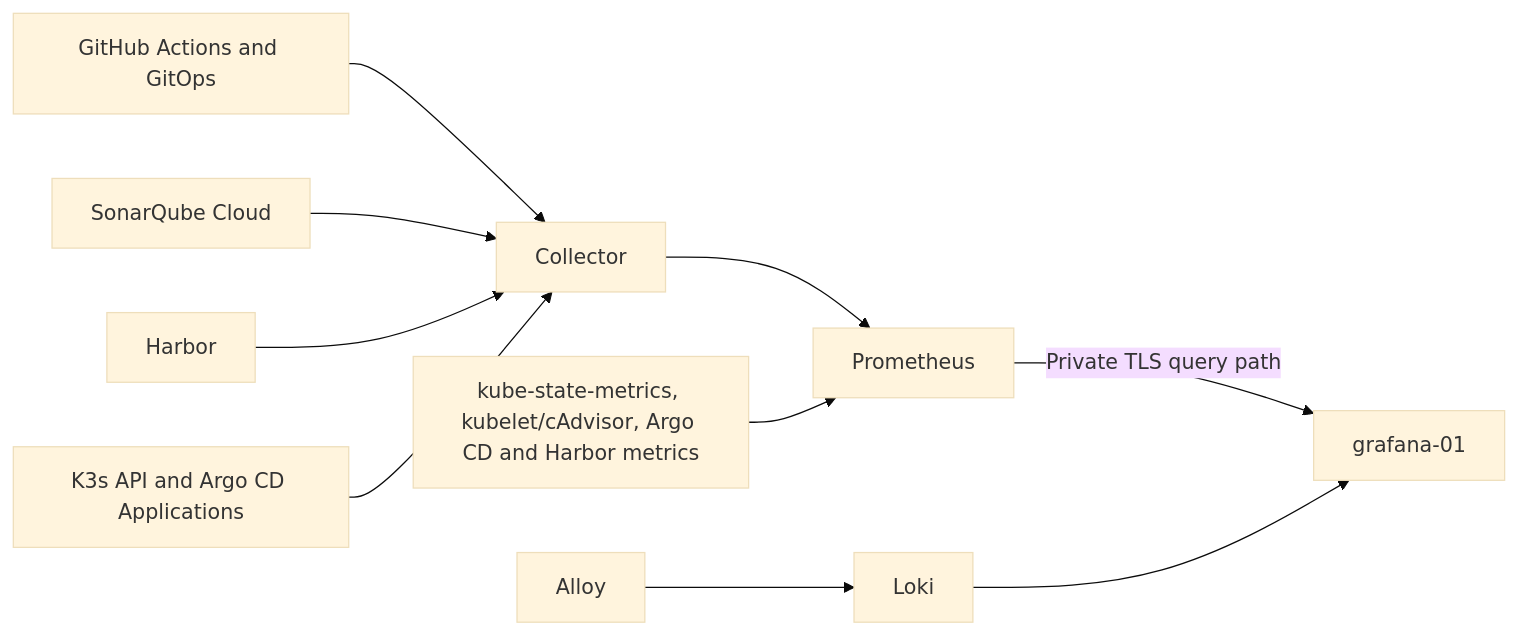
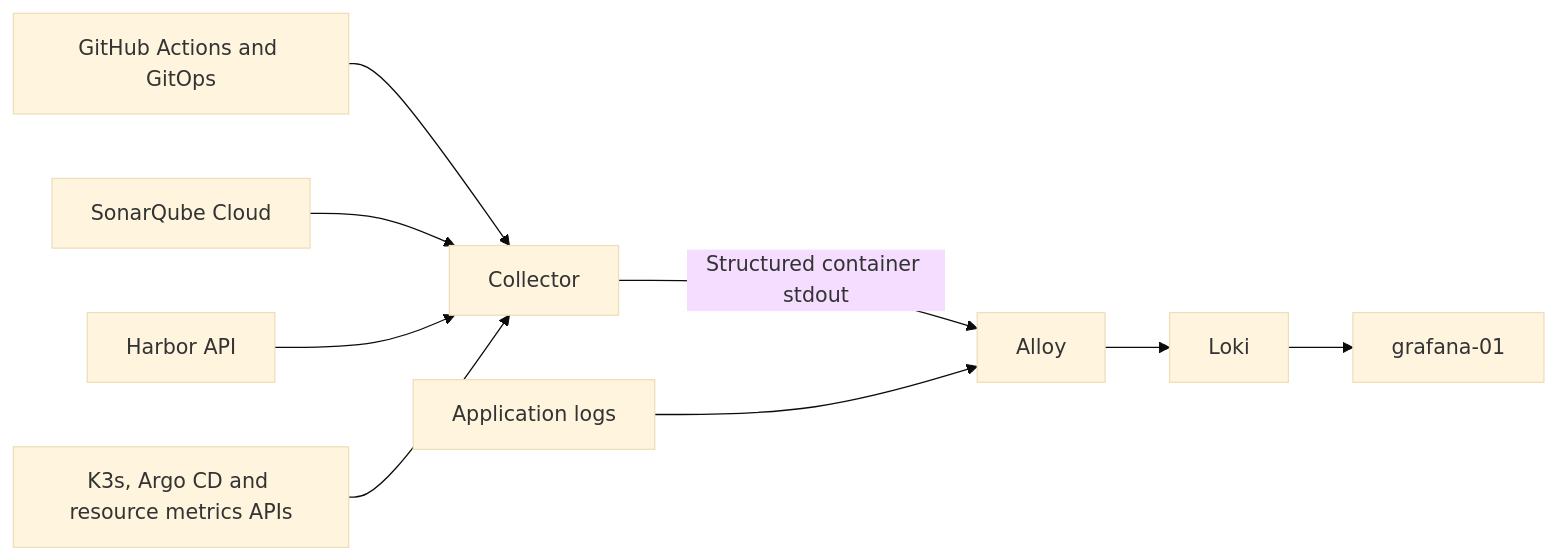
One commit to ProjectLanternDI3P1P2/platform-gitops changed the diagram in observability/devops-kpis/README.md. Above: the diagram before and after it, drawn with Mermaid (base theme). The commit also changed other lines of this file and 20 other files, not shown here.

````diff
--- a/observability/devops-kpis/README.md
+++ b/observability/devops-kpis/README.md
@@ -23,11 +22,10 @@
 ```mermaid
 flowchart LR
   GitHub[GitHub Actions and GitOps] --> Collector
   Sonar[SonarQube Cloud] --> Collector
-  Harbor[Harbor] --> Collector
-  Kubernetes[K3s API and Argo CD Applications] --> Collector
-  Collector --> Prometheus
-  Native[kube-state-metrics, kubelet/cAdvisor, Argo CD and Harbor metrics] --> Prometheus
-  Prometheus -->|Private TLS query path| Grafana[grafana-01]
-  Alloy --> Loki --> Grafana
+  Harbor[Harbor API] --> Collector
+  Kubernetes[K3s, Argo CD and resource metrics APIs] --> Collector
+  Collector -->|Structured container stdout| Alloy
+  Workloads[Application logs] --> Alloy
+  Alloy --> Loki --> Grafana[grafana-01]
 ```
````
